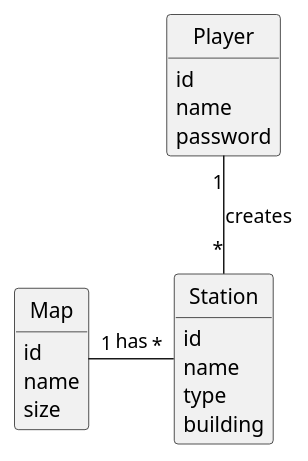
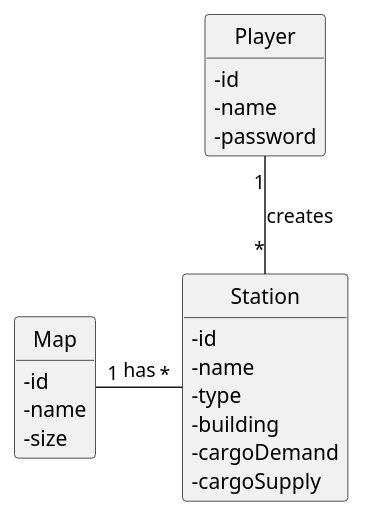
The diagram in docs/sprint1/us005/02.analysis/puml/us005-domain-model.puml (ivasduarte/all-aboard), drawn with PlantUML before and after one commit. The commit also changed 1 other file, not shown here.

```diff
--- a/docs/sprint1/us005/02.analysis/puml/us005-domain-model.puml
+++ b/docs/sprint1/us005/02.analysis/puml/us005-domain-model.puml
@@ -1,40 +1,42 @@
 @startuml
 skinparam monochrome true
 skinparam packageStyle rectangle
 skinparam shadowing false
 
 'left to right direction
 
 skinparam classAttributeIconSize 0
 
 hide circle
 hide methods
 
 'title Domain Model
 
 class Map {
-    id
-    name
-    size
+    - id
+    - name
+    - size
 }
 
 class Station {
-    id
-    name
-    type
-    building
+    - id
+    - name
+    - type
+    - building
+    - cargoDemand
+    - cargoSupply
 }
 
 class Player {
-    id
-    name
-    password
+    - id
+    - name
+    - password
 }
 
 
 Map "1" - "*" Station : has
 Player "1" -- "*" Station : creates
 
 
 
 @enduml
```
